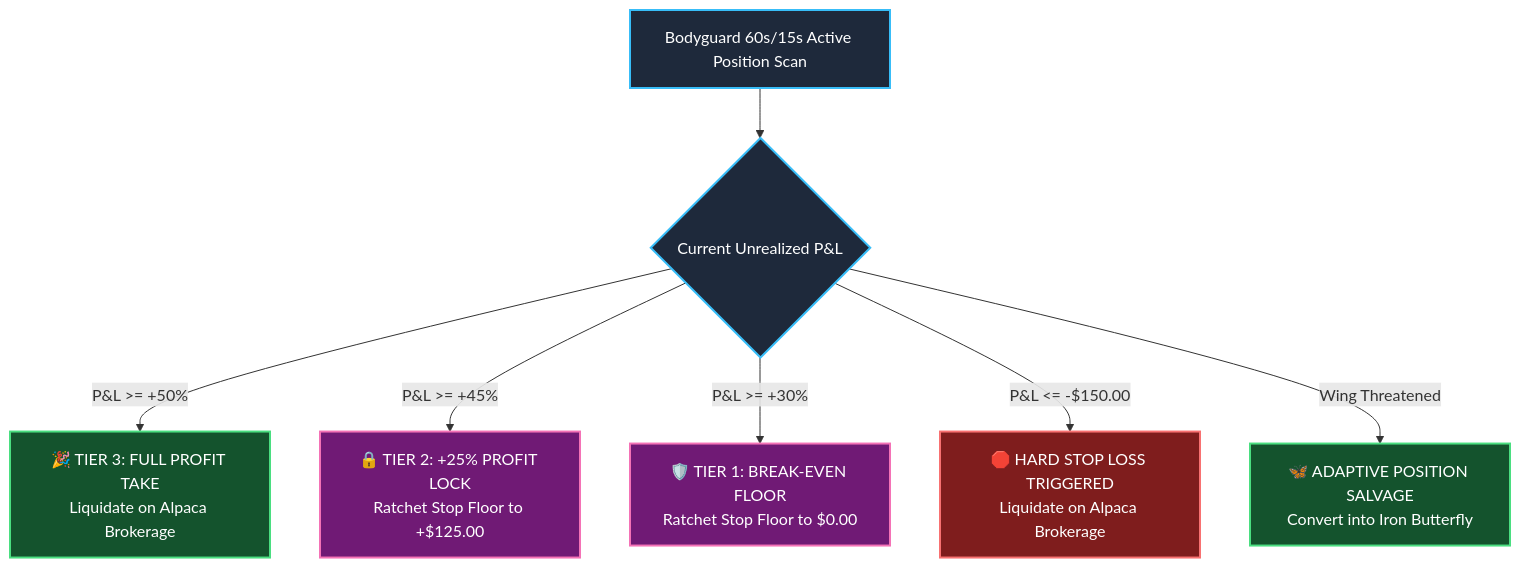
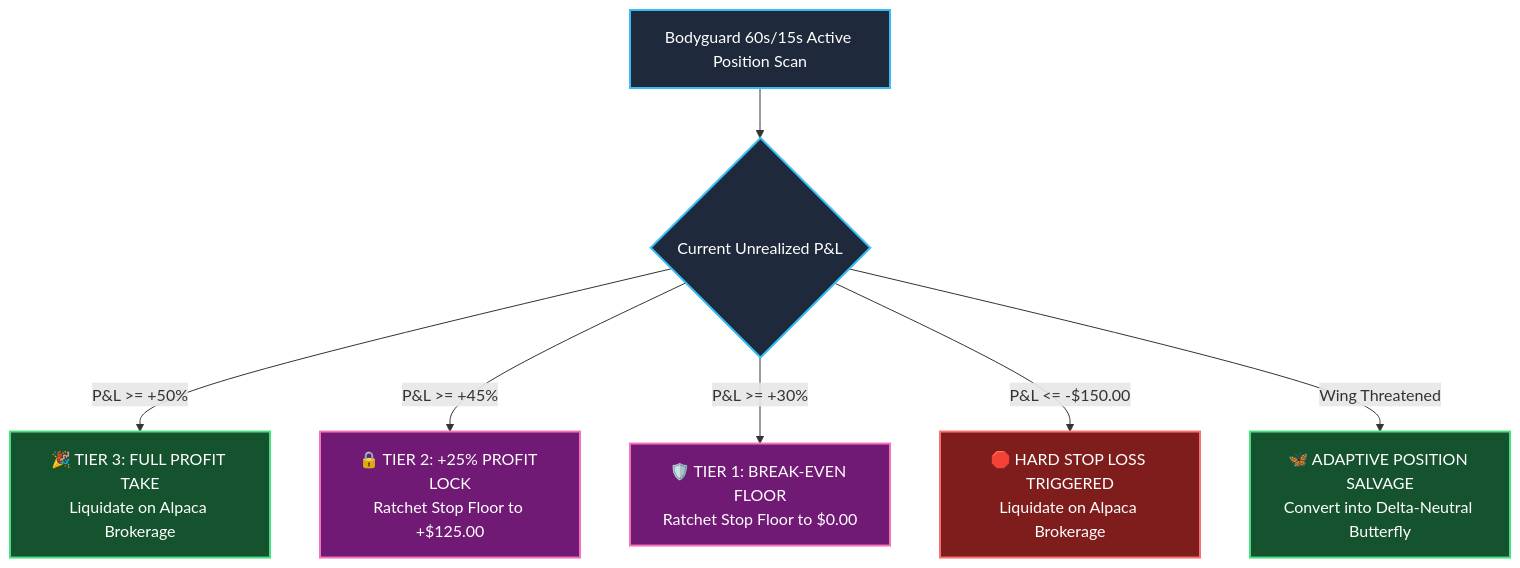
One commit to ranazain9/oracle-trading-agents changed the third of 3 diagrams in README.md. Above: the diagram before and after it, drawn with Mermaid. The commit also changed other lines of this file and 65 other files, not shown here.

````diff
--- a/README.md
+++ b/README.md
@@ -225,15 +261,15 @@
 ```mermaid
 flowchart TD
     classDef check fill:#1E293B,stroke:#38BDF8,stroke-width:2px,color:#FFFFFF;
     classDef ratchet fill:#701A75,stroke:#F472B6,stroke-width:2px,color:#FFFFFF;
     classDef win fill:#14532D,stroke:#4ADE80,stroke-width:2px,color:#FFFFFF;
     classDef stop fill:#7F1D1D,stroke:#F87171,stroke-width:2px,color:#FFFFFF;
 
     A["Bodyguard 60s/15s Active Position Scan"]:::check --> B{"Current Unrealized P&L"}:::check
     
     B -->|"P&L >= +50%"| C["🎉 TIER 3: FULL PROFIT TAKE<br>Liquidate on Alpaca Brokerage"]:::win
     B -->|"P&L >= +45%"| D["🔒 TIER 2: +25% PROFIT LOCK<br>Ratchet Stop Floor to +$125.00"]:::ratchet
     B -->|"P&L >= +30%"| E["🛡️ TIER 1: BREAK-EVEN FLOOR<br>Ratchet Stop Floor to $0.00"]:::ratchet
     B -->|"P&L <= -$150.00"| F["🛑 HARD STOP LOSS TRIGGERED<br>Liquidate on Alpaca Brokerage"]:::stop
-    B -->|"Wing Threatened"| G["🦋 ADAPTIVE POSITION SALVAGE<br>Convert into Iron Butterfly"]:::win
+    B -->|"Wing Threatened"| G["🦋 ADAPTIVE POSITION SALVAGE<br>Convert into Delta-Neutral Butterfly"]:::win
 ```
````
